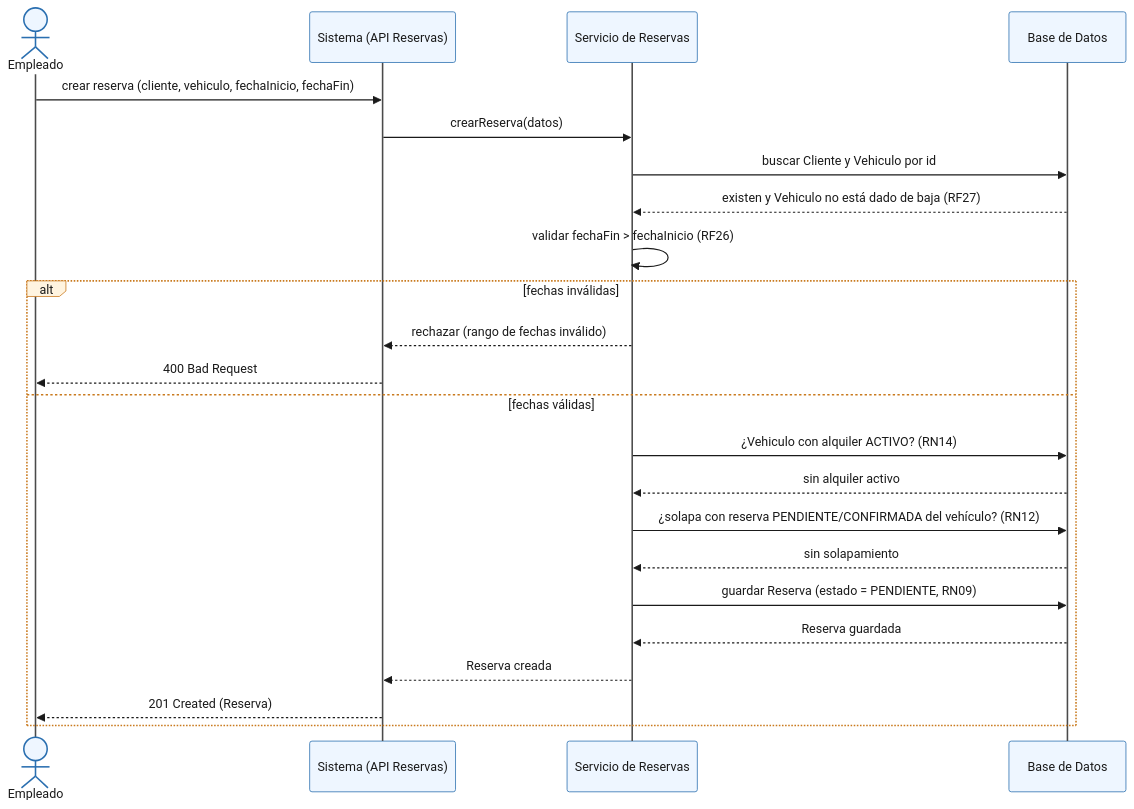
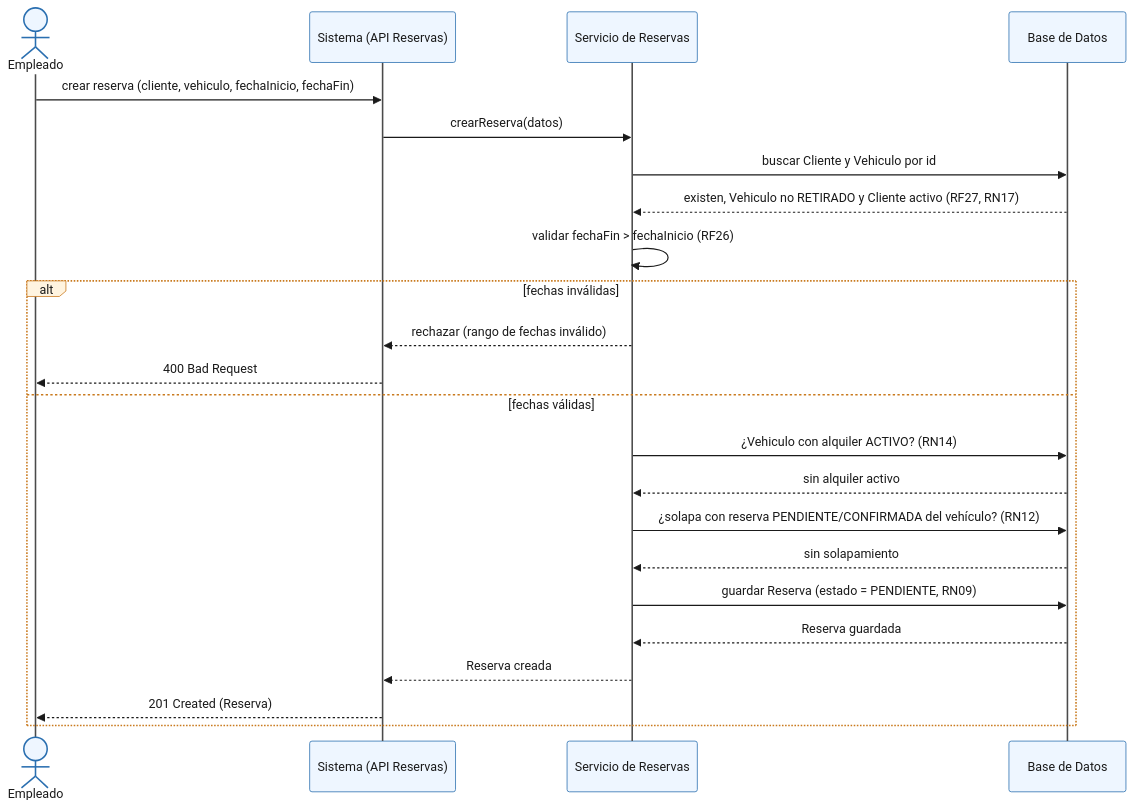
The diagram in docs/03-uml/fuentes/parte2-secuencia-reserva-empleado.mmd (chaarlyez/Sistema_de_alquiler_de_veh-culos), drawn with Mermaid before and after one commit. The commit also changed 7 other files, not shown here.

First line of the commit message:
docs(uml): ajustar reservas al borrado logico (parte 2)

```diff
--- a/docs/03-uml/fuentes/parte2-secuencia-reserva-empleado.mmd
+++ b/docs/03-uml/fuentes/parte2-secuencia-reserva-empleado.mmd
@@ -1,44 +1,44 @@
 %%{init: {'theme': 'base', 'themeVariables': {
   'background': '#ffffff',
   'actorBkg': '#eef6ff',
   'actorBorder': '#2a6fb0',
   'actorTextColor': '#1a1a1a',
   'actorLineColor': '#4a4a4a',
   'signalColor': '#1a1a1a',
   'signalTextColor': '#1a1a1a',
   'labelBoxBkgColor': '#fff4e0',
   'labelBoxBorderColor': '#c97a1e',
   'labelTextColor': '#1a1a1a',
   'loopTextColor': '#1a1a1a',
   'noteBkgColor': '#fff9c4',
   'noteBorderColor': '#c9a400',
   'noteTextColor': '#1a1a1a',
   'activationBorderColor': '#2a6fb0',
   'activationBkgColor': '#eafaf0',
   'sequenceNumberColor': '#1a1a1a'
 }}}%%
 sequenceDiagram
     actor Empleado
     participant API as Sistema (API Reservas)
     participant SR as Servicio de Reservas
     participant BD as Base de Datos
 
     Empleado->>API: crear reserva (cliente, vehiculo, fechaInicio, fechaFin)
     API->>SR: crearReserva(datos)
     SR->>BD: buscar Cliente y Vehiculo por id
-    BD-->>SR: existen y Vehiculo no está dado de baja (RF27)
+    BD-->>SR: existen, Vehiculo no RETIRADO y Cliente activo (RF27, RN17)
     SR->>SR: validar fechaFin > fechaInicio (RF26)
 
     alt fechas inválidas
         SR-->>API: rechazar (rango de fechas inválido)
         API-->>Empleado: 400 Bad Request
     else fechas válidas
         SR->>BD: ¿Vehiculo con alquiler ACTIVO? (RN14)
         BD-->>SR: sin alquiler activo
         SR->>BD: ¿solapa con reserva PENDIENTE/CONFIRMADA del vehículo? (RN12)
         BD-->>SR: sin solapamiento
         SR->>BD: guardar Reserva (estado = PENDIENTE, RN09)
         BD-->>SR: Reserva guardada
         SR-->>API: Reserva creada
         API-->>Empleado: 201 Created (Reserva)
     end
```
